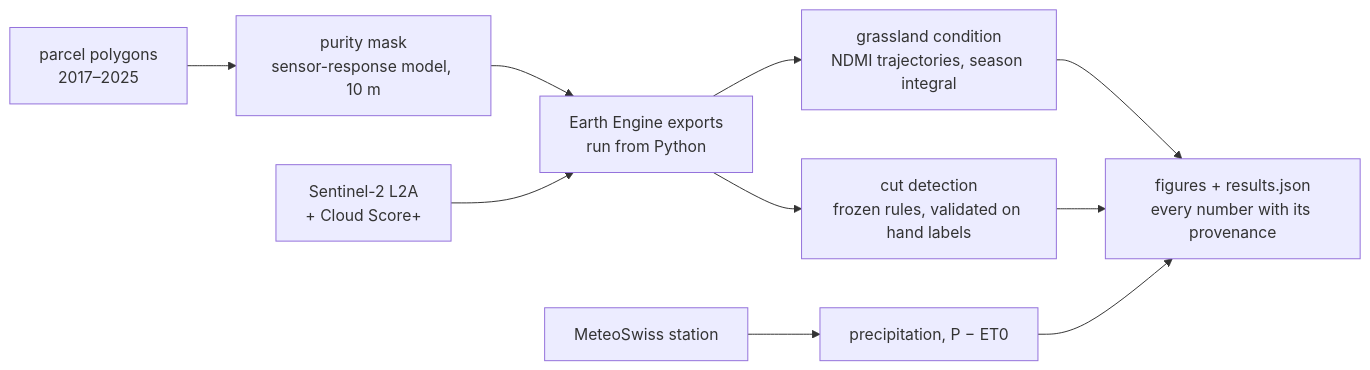
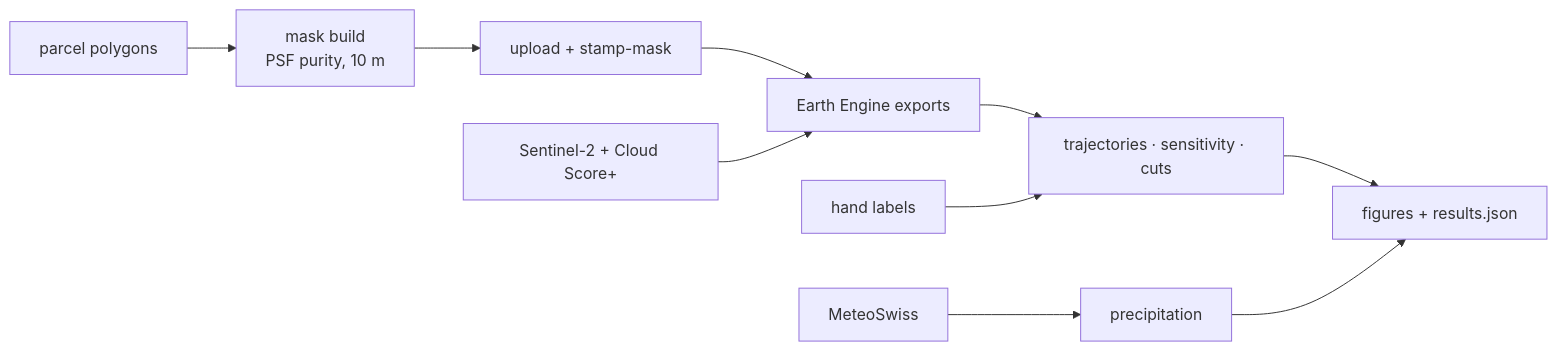
One commit to floew2/drought-from-space-switzerland changed the diagram in README.md. Above: the diagram before and after it, drawn with Mermaid. The commit also changed other lines of this file and 5 other files, not shown here.

````diff
--- a/README.md
+++ b/README.md
@@ -84,10 +94,11 @@
 ```mermaid
 flowchart LR
-  P["parcel polygons<br/>2017–2025"] --> M["purity mask<br/>sensor-response model, 10 m"]
-  M --> E["Earth Engine exports<br/>run from Python"]
-  S2["Sentinel-2 L2A<br/>+ Cloud Score+"] --> E
-  E --> C["grassland condition<br/>NDMI trajectories, season integral"]
-  E --> D["cut detection<br/>frozen rules, validated on hand labels"]
-  W["MeteoSwiss station"] --> R["precipitation, P − ET0"]
-  C & D & R --> O["figures + results.json<br/>every number with its provenance"]
+  P["parcel polygons"] --> M["mask build<br/>PSF purity, 10 m"]
+  M --> U["upload + stamp-mask"]
+  U --> E["Earth Engine exports"]
+  S2["Sentinel-2 + Cloud Score+"] --> E
+  E --> A["trajectories · sensitivity · cuts"]
+  L["hand labels"] --> A
+  W["MeteoSwiss"] --> R["precipitation"]
+  A & R --> O["figures + results.json"]
 ```
````
